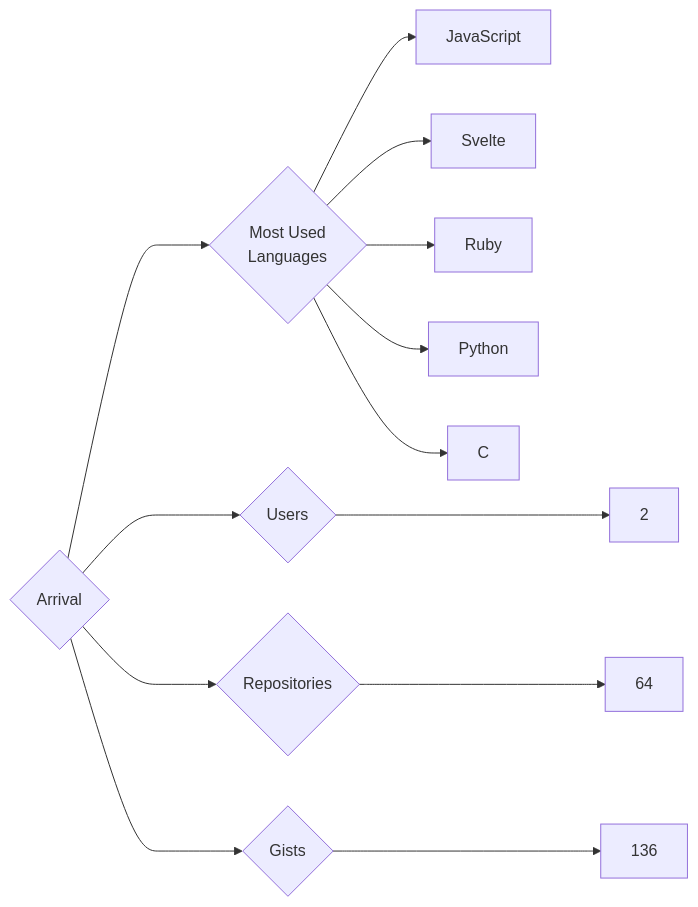
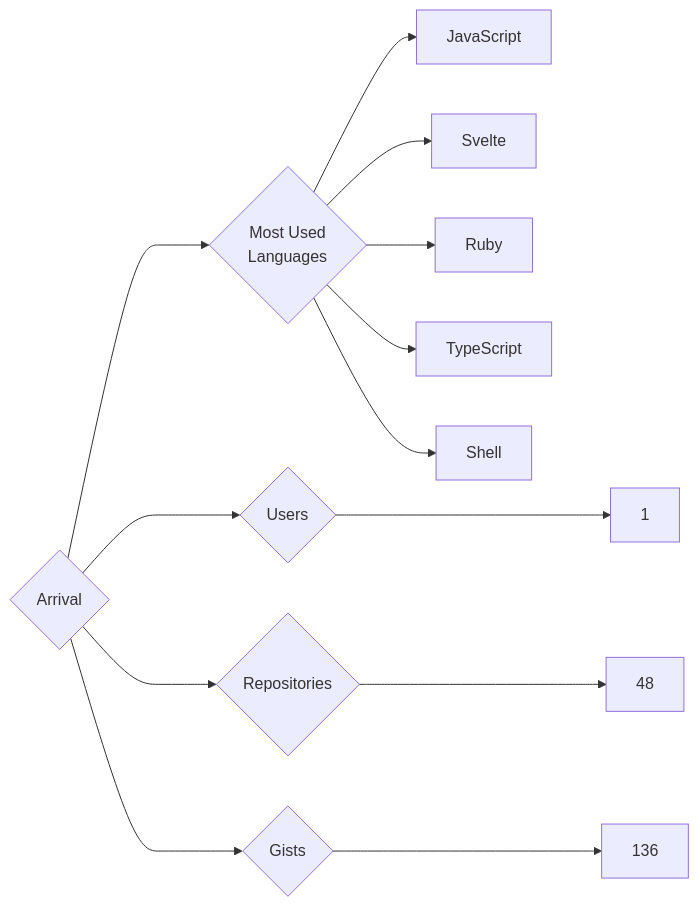
One commit to trickest/insiders changed the diagram in targets/Arrival/README.md. Above: the diagram before and after it, drawn with Mermaid. The commit also changed 679 other files, not shown here.

````diff
--- a/targets/Arrival/README.md
+++ b/targets/Arrival/README.md
@@ -3,13 +3,13 @@
 ```mermaid
 graph LR
 COMPANY_NAME{Arrival}
-COMPANY_NAME ---> U{Users} ---> UN[2]
-COMPANY_NAME ---> R{Repositories} ---> RN[64]
+COMPANY_NAME ---> U{Users} ---> UN[1]
+COMPANY_NAME ---> R{Repositories} ---> RN[48]
 COMPANY_NAME ---> G{Gists} ---> GN[136]
 COMPANY_NAME ---> ML{Most Used<br>Languages}
 ML --> JavaScript[JavaScript]
 ML --> Svelte[Svelte]
 ML --> Ruby[Ruby]
-ML --> Python[Python]
-ML --> C[C]
+ML --> TypeScript[TypeScript]
+ML --> Shell[Shell]
 ```
````
